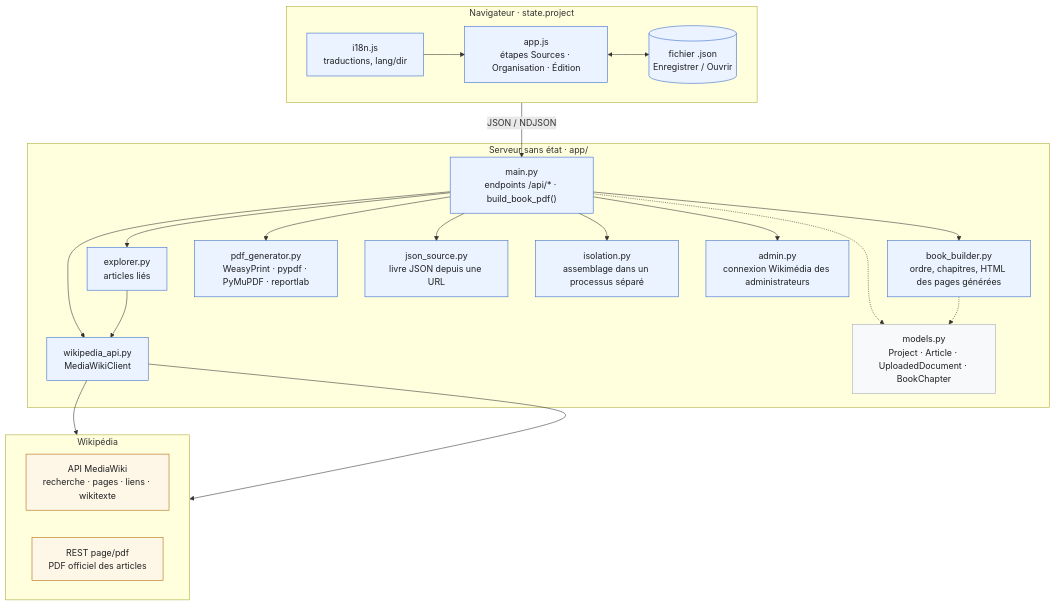
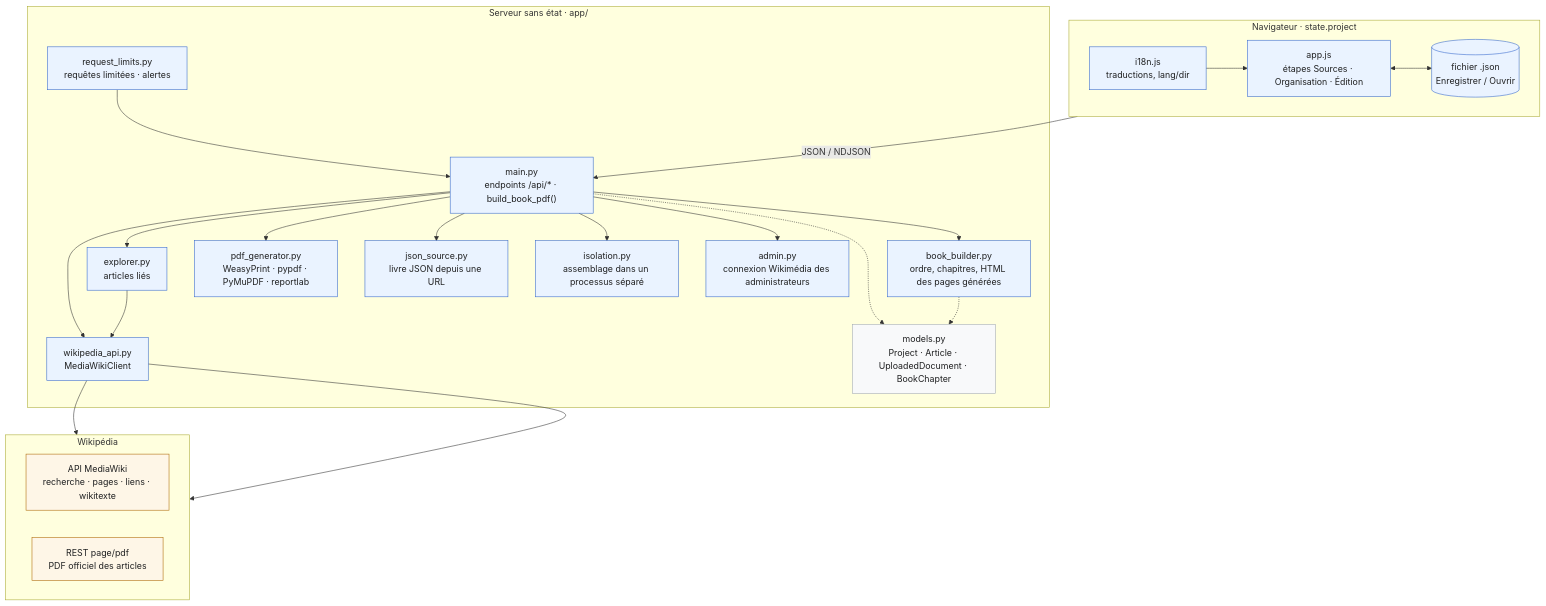
The first of 2 diagrams in docs/TechnicalSpec.fr.md (gmoulard/wikipedia2book), drawn with Mermaid before and after one commit. The commit also changed other lines of this file and 5 other files, not shown here.

````diff
--- a/docs/TechnicalSpec.fr.md
+++ b/docs/TechnicalSpec.fr.md
@@ -442,50 +442,52 @@
 ```mermaid
 flowchart TB
     subgraph Browser["Navigateur · state.project"]
         direction LR
         I18N["i18n.js<br/>traductions, lang/dir"]
         APP["app.js<br/>étapes Sources · Organisation · Édition"]
         FILE[("fichier .json<br/>Enregistrer / Ouvrir")]
         I18N --> APP
         APP <--> FILE
     end
 
     subgraph Server["Serveur sans état · app/"]
         MAIN["main.py<br/>endpoints /api/* · build_book_pdf()"]
         EXPL["explorer.py<br/>articles liés"]
         BB["book_builder.py<br/>ordre, chapitres, HTML des pages générées"]
         PDFG["pdf_generator.py<br/>WeasyPrint · pypdf · PyMuPDF · reportlab"]
         WAPI["wikipedia_api.py<br/>MediaWikiClient"]
         JSRC["json_source.py<br/>livre JSON depuis une URL"]
+        GUARD["request_limits.py<br/>requêtes limitées · alertes"]
+        GUARD --> MAIN
         MODELS["models.py<br/>Project · Article · UploadedDocument · BookChapter"]
         MAIN --> EXPL
         MAIN --> BB
         ISO["isolation.py<br/>assemblage dans un processus séparé"]
         ADM["admin.py<br/>connexion Wikimédia des administrateurs"]
         MAIN --> ADM
         MAIN --> ISO
         MAIN --> PDFG
         MAIN --> WAPI
         MAIN --> JSRC
         EXPL --> WAPI
     end
 
     subgraph Wikipedia["Wikipédia"]
         direction LR
         MW["API MediaWiki<br/>recherche · pages · liens · wikitexte"]
         REST["REST page/pdf<br/>PDF officiel des articles"]
     end
 
     APP -- "JSON / NDJSON" --> MAIN
     WAPI --> MW
     WAPI --> REST
     MAIN -.-> MODELS
     BB -.-> MODELS
 
     classDef app fill:#eaf3ff,stroke:#3366cc,color:#202122
     classDef wiki fill:#fef6e7,stroke:#ac6600,color:#202122
     classDef shared fill:#f8f9fa,stroke:#a2a9b1,color:#202122
-    class I18N,APP,FILE,MAIN,EXPL,BB,PDFG,WAPI,ISO,JSRC,ADM app
+    class I18N,APP,FILE,MAIN,EXPL,BB,PDFG,WAPI,ISO,JSRC,ADM,GUARD app
     class MW,REST wiki
     class MODELS shared
 ```
````
